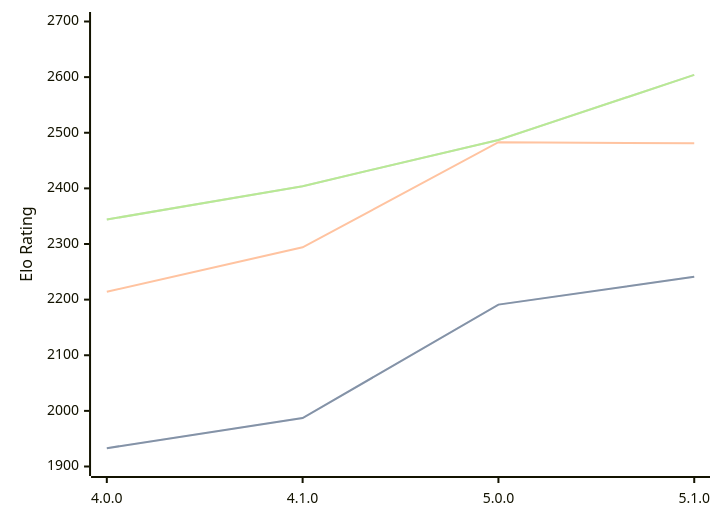
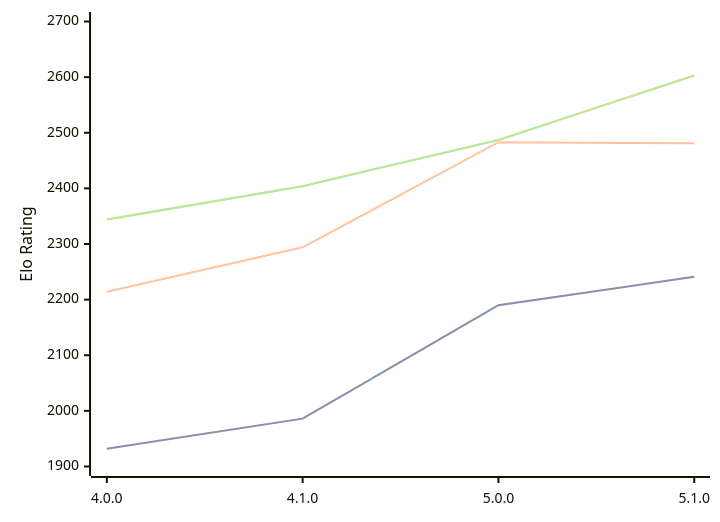
One commit to computer-chess-index/cci changed the diagram in engines/Aconcagua.md. Above: the diagram before and after it, drawn with Mermaid. The commit also changed other lines of this file, not shown here.

Commit message:
Update CCI Ratings (ELO VLTC) - 2026-03-30

````diff
--- a/engines/Aconcagua.md
+++ b/engines/Aconcagua.md
@@ -43,11 +43,11 @@
 ```mermaid
 %%{init: {"theme":"base","themeVariables":{"seriesColors:['#a3a3a3','#222221','#faa371']}}}%%
 xychart-beta
   x-axis ["4.0.0", "4.1.0", "5.0.0", "5.1.0"]
   y-axis "Elo Rating" 1900 --> 2700
-  line "STC (8.0+0.08s)" [1933, 1987, 2191, 2241]
-  line "STC (8.0+0.08s)" [1933, 1987, 2191, 2241]
+  line "STC (8.0+0.08s)" [1932, 1986, 2190, 2241]
+  line "STC (8.0+0.08s)" [1932, 1986, 2190, 2241]
   line "LTC (60.0+0.60s)" [2214, 2294, 2483, 2481]
-  line "VLTC (2m24s+1.12s)" [2344, 2404, 2487, 2604]
-  line "VLTC (2m24s+1.12s)" [2344, 2404, 2487, 2604]
+  line "VLTC (2m24s+1.12s)" [2344, 2404, 2487, 2603]
+  line "VLTC (2m24s+1.12s)" [2344, 2404, 2487, 2603]
 ```
````
